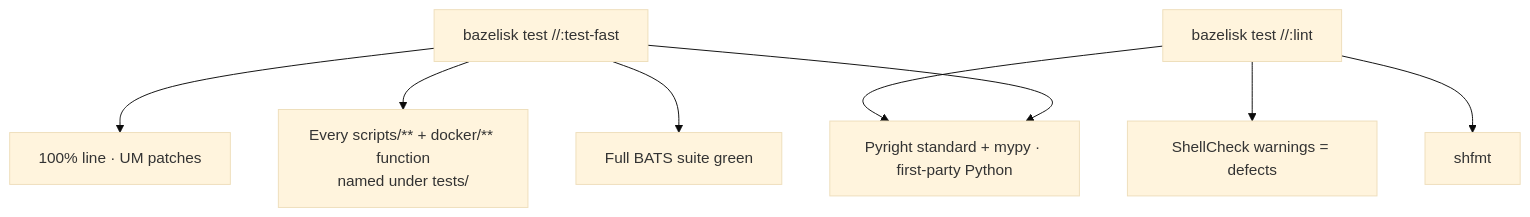
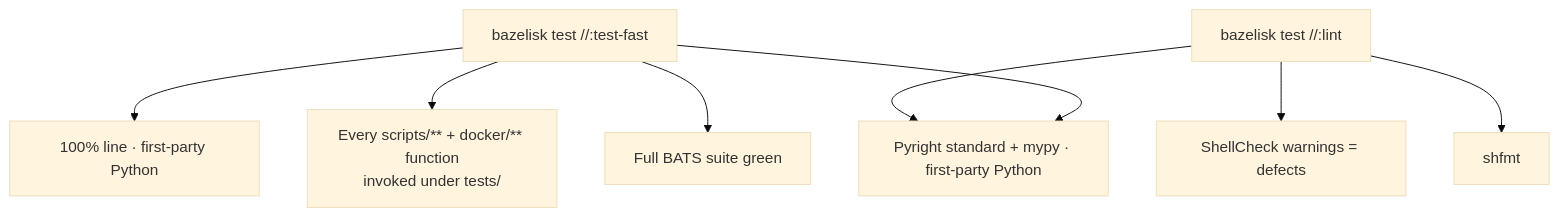
Before and after one commit to toxicoder/ez-comfy-stack: the fifth of 6 diagrams in docs/project-conventions.md, drawn with Mermaid (base theme). The commit also changed other lines of this file and 65 other files, not shown here.

First line of the commit message:
test: gate 100% first-party Python coverage and speed CI/Docker

````diff
--- a/docs/project-conventions.md
+++ b/docs/project-conventions.md
@@ -262,10 +262,10 @@
 ```mermaid
 flowchart TB
-  Cov["bazelisk test //:test-fast"] --> Py["100% line · UM patches"]
+  Cov["bazelisk test //:test-fast"] --> Py["100% line · first-party Python"]
   Cov --> Pyright["Pyright standard + mypy · first-party Python"]
-  Cov --> Shell["Every scripts/** + docker/** function<br/>named under tests/"]
+  Cov --> Shell["Every scripts/** + docker/** function<br/>invoked under tests/"]
   Cov --> Bats["Full BATS suite green"]
   Lint["bazelisk test //:lint"] --> SC["ShellCheck warnings = defects"]
   Lint --> Fmt["shfmt"]
   Lint --> Pyright
 ```
````
